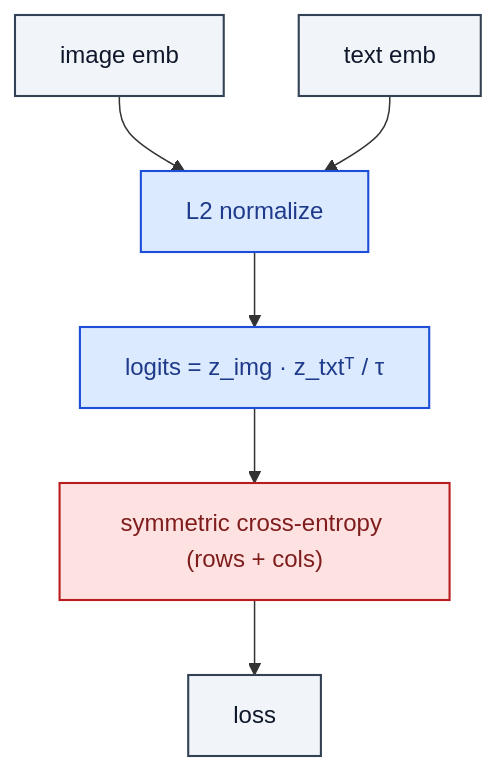
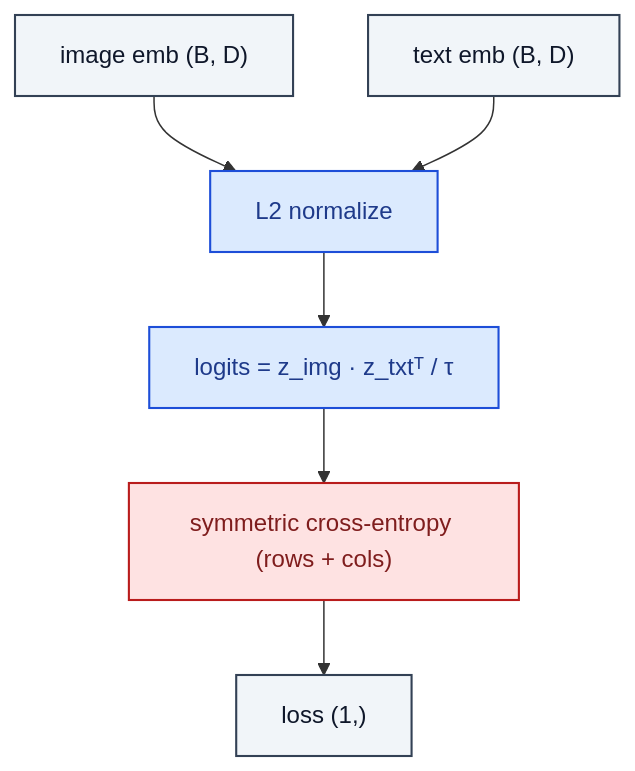
One commit to RealityShifts/Srivastava-book-of-Blocks-diagrams changed the diagram in embedding/CLIPLoss.md. Above: the diagram before and after it, drawn with Mermaid. The commit also changed 123 other files, not shown here.

````diff
--- a/embedding/CLIPLoss.md
+++ b/embedding/CLIPLoss.md
@@ -7,23 +7,24 @@
 ```mermaid
 flowchart TD
-    n0_0["image emb"]:::io
-    n0_1["text emb"]:::io
+    n0_0["image emb  (B, D)"]:::io
+    n0_1["text emb  (B, D)"]:::io
     n1_0["L2 normalize"]:::op
     n2_0["logits = z_img · z_txtᵀ / τ"]:::op
     n3_0["symmetric cross-entropy (rows + cols)"]:::loss
-    n4_0["loss"]:::io
+    n4_0["loss  (1,)"]:::io
     n0_0 --> n1_0
     n0_1 --> n1_0
     n1_0 --> n2_0
     n2_0 --> n3_0
     n3_0 --> n4_0
     classDef io fill:#f1f5f9,stroke:#334155,stroke-width:1.4px,color:#0f172a
     classDef op fill:#dbeafe,stroke:#1d4ed8,stroke-width:1.4px,color:#1e3a8a
     classDef norm fill:#dcfce7,stroke:#15803d,stroke-width:1.4px,color:#14532d
     classDef act fill:#ffedd5,stroke:#c2410c,stroke-width:1.4px,color:#7c2d12
     classDef attn fill:#ede9fe,stroke:#6d28d9,stroke-width:1.4px,color:#4c1d95
     classDef merge fill:#fef3c7,stroke:#b45309,stroke-width:1.4px,color:#78350f
     classDef emb fill:#fef9c3,stroke:#a16207,stroke-width:1.4px,color:#713f12
     classDef loss fill:#fee2e2,stroke:#b91c1c,stroke-width:1.4px,color:#7f1d1d
     classDef ctrl fill:#f5f5f4,stroke:#52525b,stroke-width:1.4px,color:#27272a
+    classDef ref fill:#e0f2fe,stroke:#0369a1,stroke-width:2px,color:#0c4a6e,stroke-dasharray: 4 2
 ```
````
